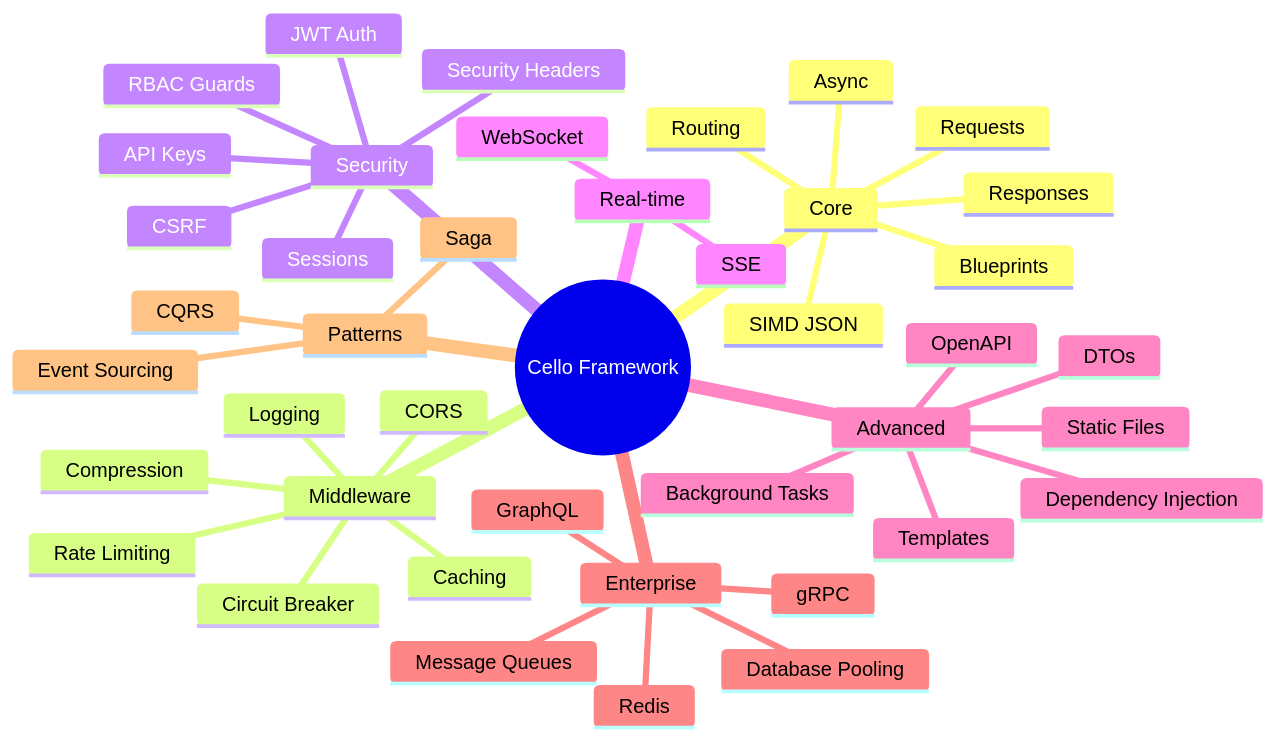
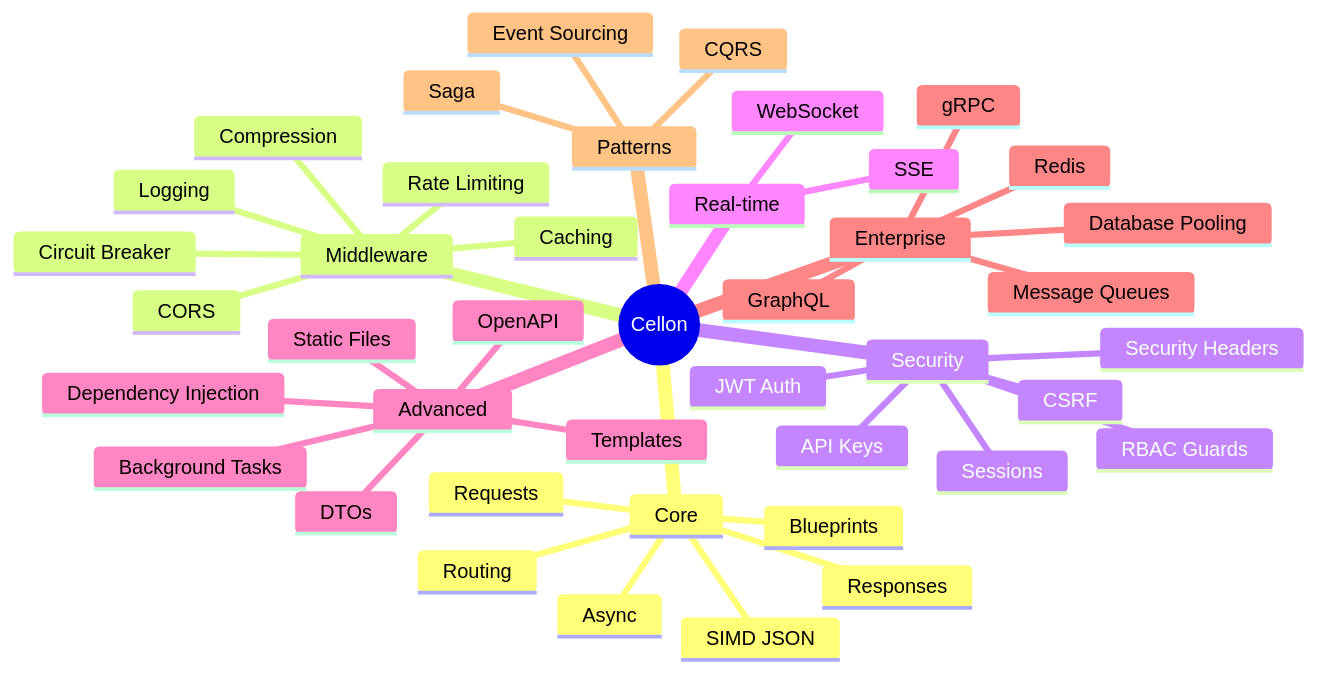
Before and after one commit to shuans/cellon: the diagram in docs/features/index.md, drawn with Mermaid. The commit also changed other lines of this file and 91 other files, not shown here.

````diff
--- a/docs/features/index.md
+++ b/docs/features/index.md
@@ -30,45 +30,45 @@
 ```mermaid
 mindmap
-  root((Cello Framework))
+  root((Cellon))
     Core
       Routing
       Requests
       Responses
       Blueprints
       Async
       SIMD JSON
     Middleware
       CORS
       Compression
       Logging
       Rate Limiting
       Caching
       Circuit Breaker
     Security
       JWT Auth
       RBAC Guards
       Sessions
       CSRF
       Security Headers
       API Keys
     Real-time
       WebSocket
       SSE
     Advanced
       Dependency Injection
       Background Tasks
       Templates
       Static Files
       DTOs
       OpenAPI
     Enterprise
       Database Pooling
       Redis
       GraphQL
       gRPC
       Message Queues
     Patterns
       Event Sourcing
       CQRS
       Saga
 ```
````
